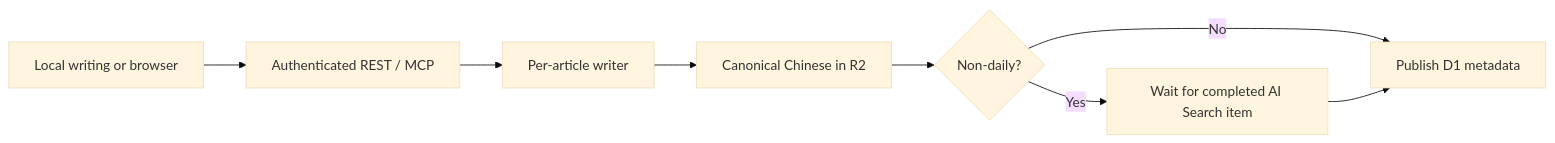
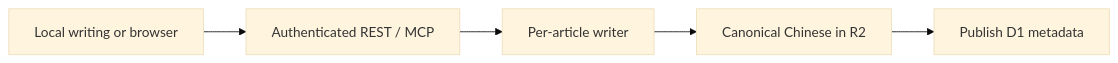
One commit to Pleasurecruise/my-knowledge changed the diagram in README.md. Above: the diagram before and after it, drawn with Mermaid (base theme). The commit also changed other lines of this file and 89 other files, not shown here.

````diff
--- a/README.md
+++ b/README.md
@@ -18,10 +17,7 @@
 ```mermaid
 flowchart LR
   Writing[Local writing or browser] --> API[Authenticated REST / MCP]
   API --> Writer[Per-article writer]
   Writer --> R2[Canonical Chinese in R2]
-  R2 --> Eligible{Non-daily?}
-  Eligible -->|Yes| Search[Wait for completed AI Search item]
-  Eligible -->|No| D1[Publish D1 metadata]
-  Search --> D1
+  R2 --> D1[Publish D1 metadata]
 ```
````
